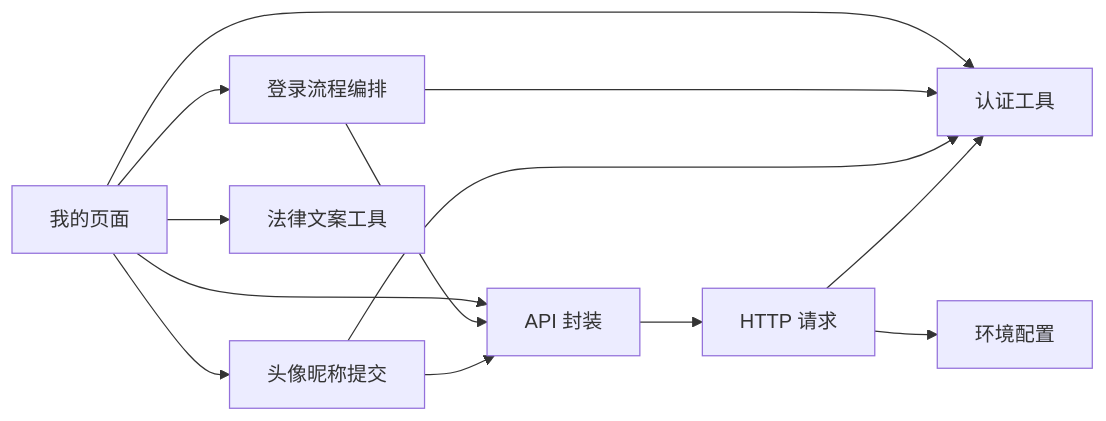
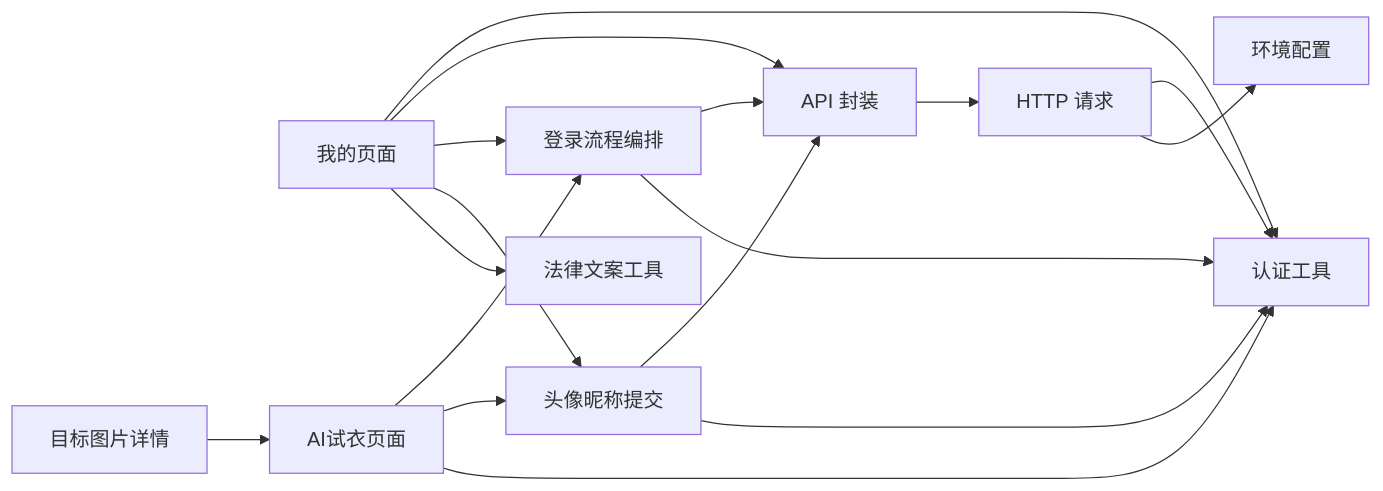
Before and after one commit to crazyma99/blueberry: the tenth of 10 diagrams in .qoder/repowiki/zh/content/核心功能模块/用户认证系统.md, drawn with Mermaid. The commit also changed other lines of this file and 7 other files, not shown here.

````diff
--- a/.qoder/repowiki/zh/content/核心功能模块/用户认证系统.md
+++ b/.qoder/repowiki/zh/content/核心功能模块/用户认证系统.md
@@ -347,15 +460,19 @@
 ```mermaid
 graph LR
 Mine["我的页面"] --> Auth["认证工具"]
 Mine --> Api["API 封装"]
 Mine --> LoginFlow["登录流程编排"]
 Mine --> ProfileSubmit["头像昵称提交"]
 Mine --> Legal["法律文案工具"]
+AiTryOn["AI试衣页面"] --> LoginFlow
+AiTryOn --> ProfileSubmit
+AiTryOn --> Auth
+TargetPhoto["目标图片详情"] --> AiTryOn
 LoginFlow --> Api
 LoginFlow --> Auth
 ProfileSubmit --> Api
 ProfileSubmit --> Auth
 Api --> Http["HTTP 请求"]
 Http --> Auth
 Http --> Config["环境配置"]
 ```
````
